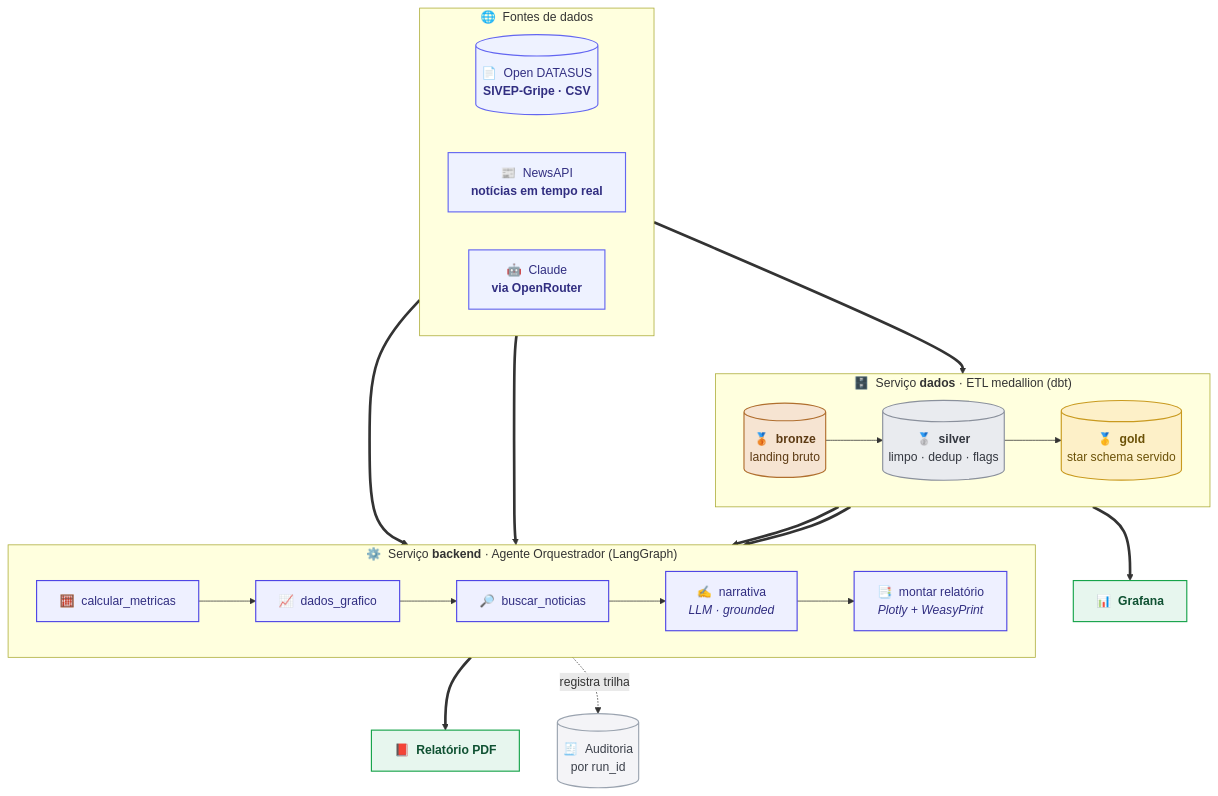
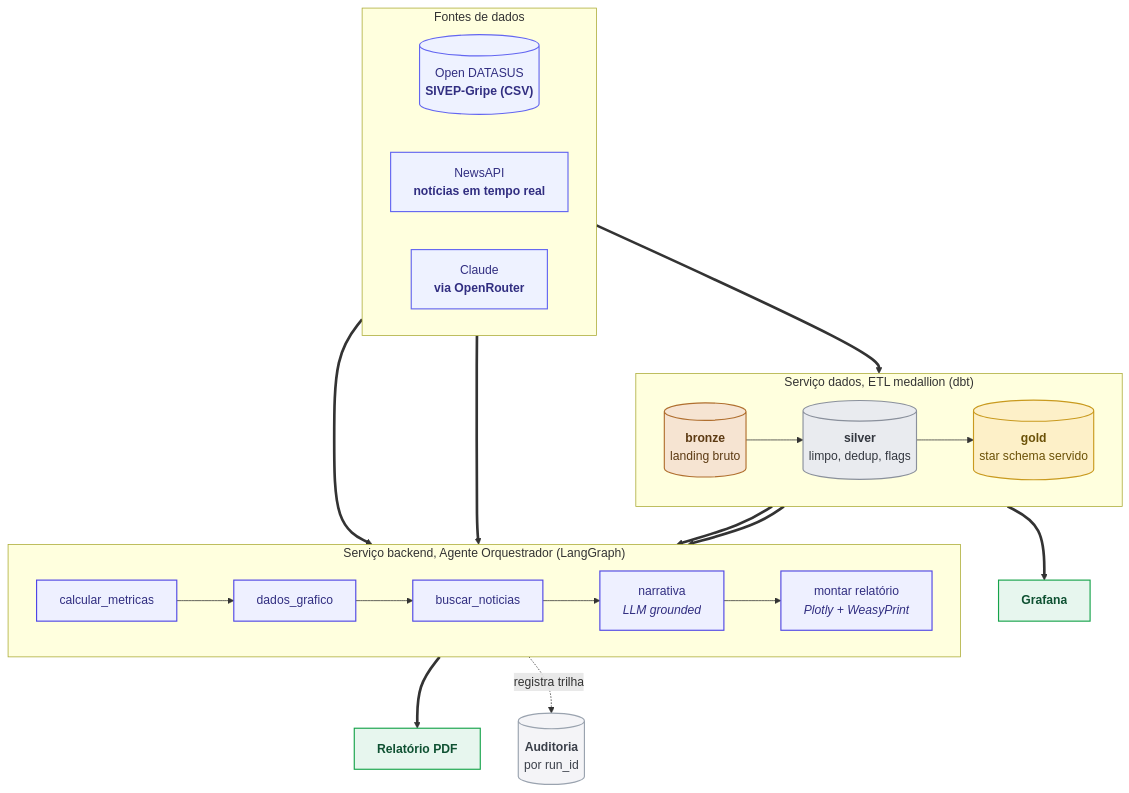
One commit to Gxaite/Desafio-GenAI changed the diagram in README.md. Above: the diagram before and after it, drawn with Mermaid. The commit also changed other lines of this file and 11 other files, not shown here.

````diff
--- a/README.md
+++ b/README.md
@@ -106,51 +106,51 @@
 ```mermaid
 flowchart TB
-    subgraph FONTES["🌐 &nbsp;Fontes de dados"]
+    subgraph FONTES["Fontes de dados"]
         direction LR
-        CSV[("📄 &nbsp;Open DATASUS<br/><b>SIVEP-Gripe · CSV</b>")]
-        NEWS["📰 &nbsp;NewsAPI<br/><b>notícias em tempo real</b>"]
-        LLM["🤖 &nbsp;Claude<br/><b>via OpenRouter</b>"]
+        CSV[("Open DATASUS<br/><b>SIVEP-Gripe (CSV)</b>")]
+        NEWS["NewsAPI<br/><b>notícias em tempo real</b>"]
+        LLM["Claude<br/><b>via OpenRouter</b>"]
     end
 
-    subgraph ETL["🗄️ &nbsp;Serviço <b>dados</b> · ETL medallion (dbt)"]
+    subgraph ETL["Serviço dados, ETL medallion (dbt)"]
         direction LR
-        BRONZE[("🥉 &nbsp;<b>bronze</b><br/>landing bruto")]
-        SILVER[("🥈 &nbsp;<b>silver</b><br/>limpo · dedup · flags")]
-        GOLD[("🥇 &nbsp;<b>gold</b><br/>star schema servido")]
+        BRONZE[("<b>bronze</b><br/>landing bruto")]
+        SILVER[("<b>silver</b><br/>limpo, dedup, flags")]
+        GOLD[("<b>gold</b><br/>star schema servido")]
         BRONZE --> SILVER --> GOLD
     end
 
-    subgraph AGENTE["⚙️ &nbsp;Serviço <b>backend</b> · Agente Orquestrador (LangGraph)"]
+    subgraph AGENTE["Serviço backend, Agente Orquestrador (LangGraph)"]
         direction LR
-        T1["🧮 &nbsp;calcular_metricas"]
-        T2["📈 &nbsp;dados_grafico"]
-        T3["🔎 &nbsp;buscar_noticias"]
-        NARR["✍️ &nbsp;narrativa<br/><i>LLM · grounded</i>"]
-        REL["📑 &nbsp;montar relatório<br/><i>Plotly + WeasyPrint</i>"]
+        T1["calcular_metricas"]
+        T2["dados_grafico"]
+        T3["buscar_noticias"]
+        NARR["narrativa<br/><i>LLM grounded</i>"]
+        REL["montar relatório<br/><i>Plotly + WeasyPrint</i>"]
         T1 --> T2 --> T3 --> NARR --> REL
     end
 
     CSV ==> BRONZE
     GOLD ==> T1 & T2
     NEWS ==> T3
     LLM ==> NARR
-    REL ==> PDF["📕 &nbsp;<b>Relatório PDF</b>"]
-    GOLD ==> GRAF["📊 &nbsp;<b>Grafana</b>"]
-    AGENTE -. "registra trilha" .-> AUD[("🧾 &nbsp;Auditoria<br/>por run_id")]
+    REL ==> PDF["<b>Relatório PDF</b>"]
+    GOLD ==> GRAF["<b>Grafana</b>"]
+    AGENTE -. "registra trilha" .-> AUD[("<b>Auditoria</b><br/>por run_id")]
 
     classDef src fill:#eef2ff,stroke:#6366f1,stroke-width:1.5px,color:#312e81;
     classDef bronze fill:#f6e4d2,stroke:#b06f2f,stroke-width:1.5px,color:#5c3a13;
     classDef silver fill:#e9ebef,stroke:#8a909c,stroke-width:1.5px,color:#33373f;
     classDef gold fill:#fdf0c8,stroke:#c99a1f,stroke-width:1.5px,color:#6b5107;
     classDef tool fill:#eef0ff,stroke:#4f46e5,stroke-width:1.5px,color:#312e81;
     classDef out fill:#e7f6ee,stroke:#16a34a,stroke-width:1.5px,color:#0f5132;
     classDef aud fill:#f4f4f7,stroke:#9aa3af,stroke-width:1.5px,color:#3a3f49;
 
     class CSV,NEWS,LLM src;
     class BRONZE bronze;
     class SILVER silver;
     class GOLD gold;
     class T1,T2,T3,NARR,REL tool;
     class PDF,GRAF out;
     class AUD aud;
 ```
````
